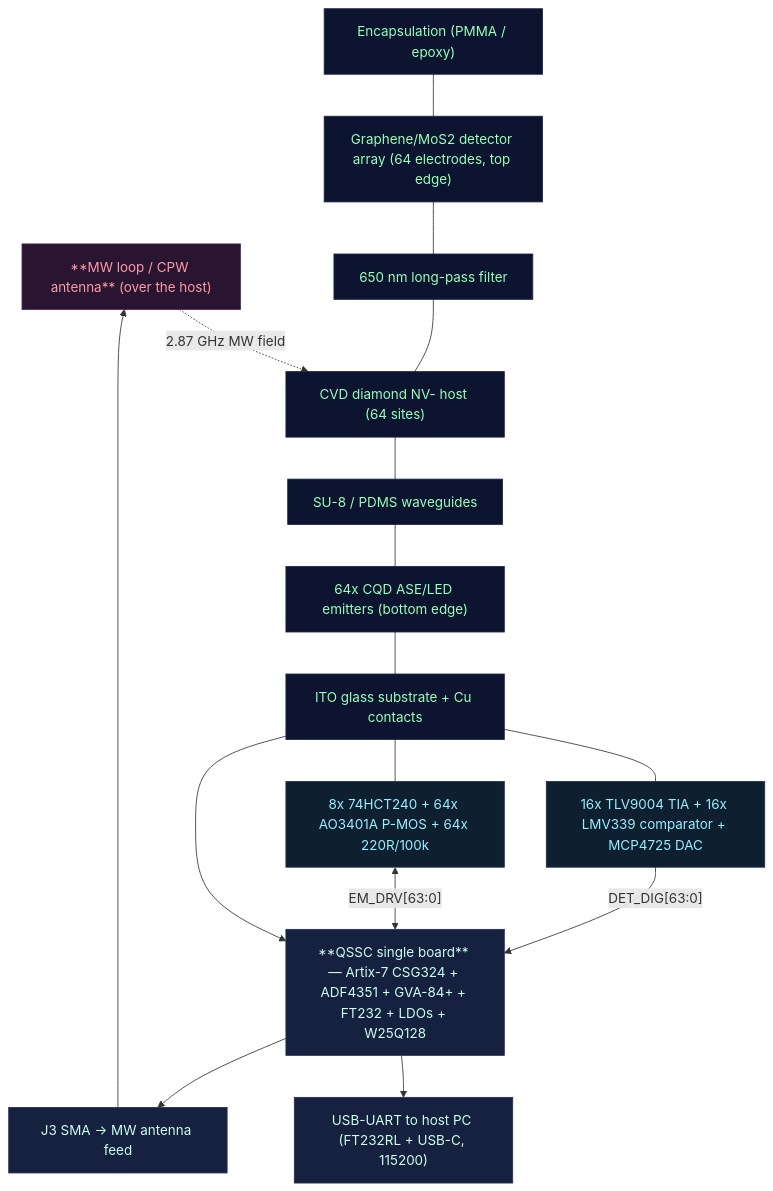
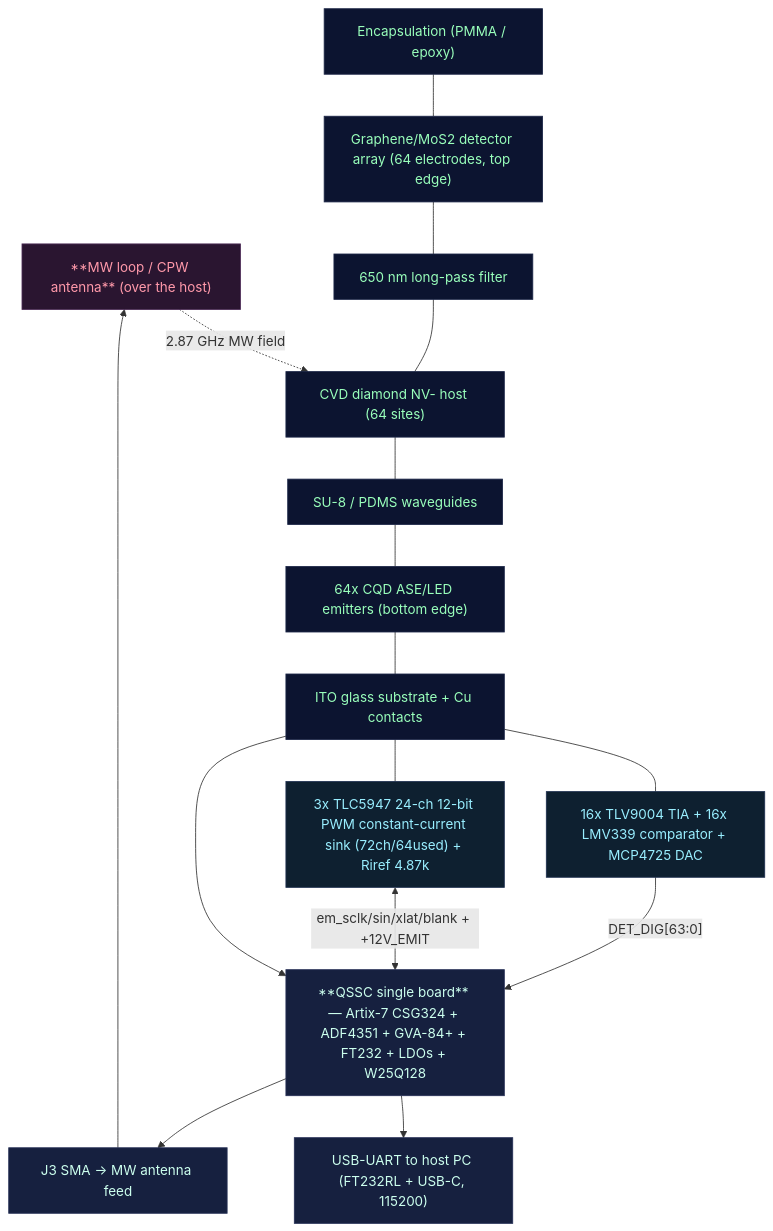
Before and after one commit to VABISMO/QSSC: the second of 2 diagrams in hardware/HARDWARE_DESIGN.md, drawn with Mermaid. The commit also changed other lines of this file and 1 other file, not shown here.

First line of the commit message:
docs(hardware): rewrite emitter driver to 3x TLC5947 + +12V_EMIT

````diff
--- a/hardware/HARDWARE_DESIGN.md
+++ b/hardware/HARDWARE_DESIGN.md
@@ -172,31 +196,31 @@
 ```mermaid
 flowchart TB
   classDef pcb fill:#16203f,stroke:#263056,color:#cfe
   classDef chip fill:#0c1430,stroke:#1d2748,color:#9fb
   classDef mw fill:#2a1530,stroke:#4a2a55,color:#f9a
   classDef fe fill:#0e2030,stroke:#1e3050,color:#9ef
 
   ANT["**MW loop / CPW antenna** (over the host)"]:::mw
   ENC["Encapsulation (PMMA / epoxy)"]:::chip
   DET["Graphene/MoS2 detector array (64 electrodes, top edge)"]:::chip
   FILT["650 nm long-pass filter"]:::chip
   HOST["CVD diamond NV- host (64 sites)"]:::chip
   WG["SU-8 / PDMS waveguides"]:::chip
   EM["64x CQD ASE/LED emitters (bottom edge)"]:::chip
   SUB["ITO glass substrate + Cu contacts"]:::chip
   TIA["16x TLV9004 TIA + 16x LMV339 comparator + MCP4725 DAC"]:::fe
-  DRV["8x 74HCT240 + 64x AO3401A P-MOS + 64x 220R/100k"]:::fe
+  DRV["3x TLC5947 24-ch 12-bit PWM constant-current sink (72ch/64used) + Riref 4.87k"]:::fe
   PCB["**QSSC single board** — Artix-7 CSG324 + ADF4351 + GVA-84+ + FT232 + LDOs + W25Q128"]:::pcb
   USB["USB-UART to host PC (FT232RL + USB-C, 115200)"]:::pcb
   SMA["J3 SMA -> MW antenna feed"]:::pcb
 
   ANT -. "2.87 GHz MW field" .-> HOST
   ENC --- DET --- FILT --- HOST --- WG --- EM --- SUB
   SUB --- TIA
   SUB --- DRV
   TIA -->|"DET_DIG[63:0]"| PCB
-  DRV <-->|"EM_DRV[63:0]"| PCB
+  DRV <-->|"em_sclk/sin/xlat/blank + +12V_EMIT"| PCB
   SUB --> PCB
   PCB --> USB
   PCB --> SMA --> ANT
 ```
````
